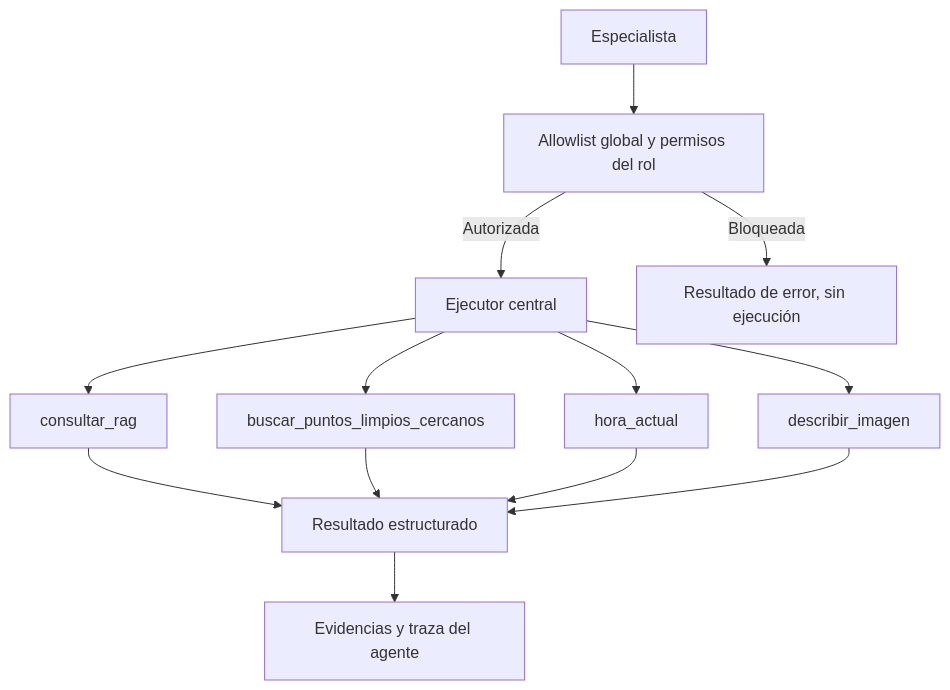
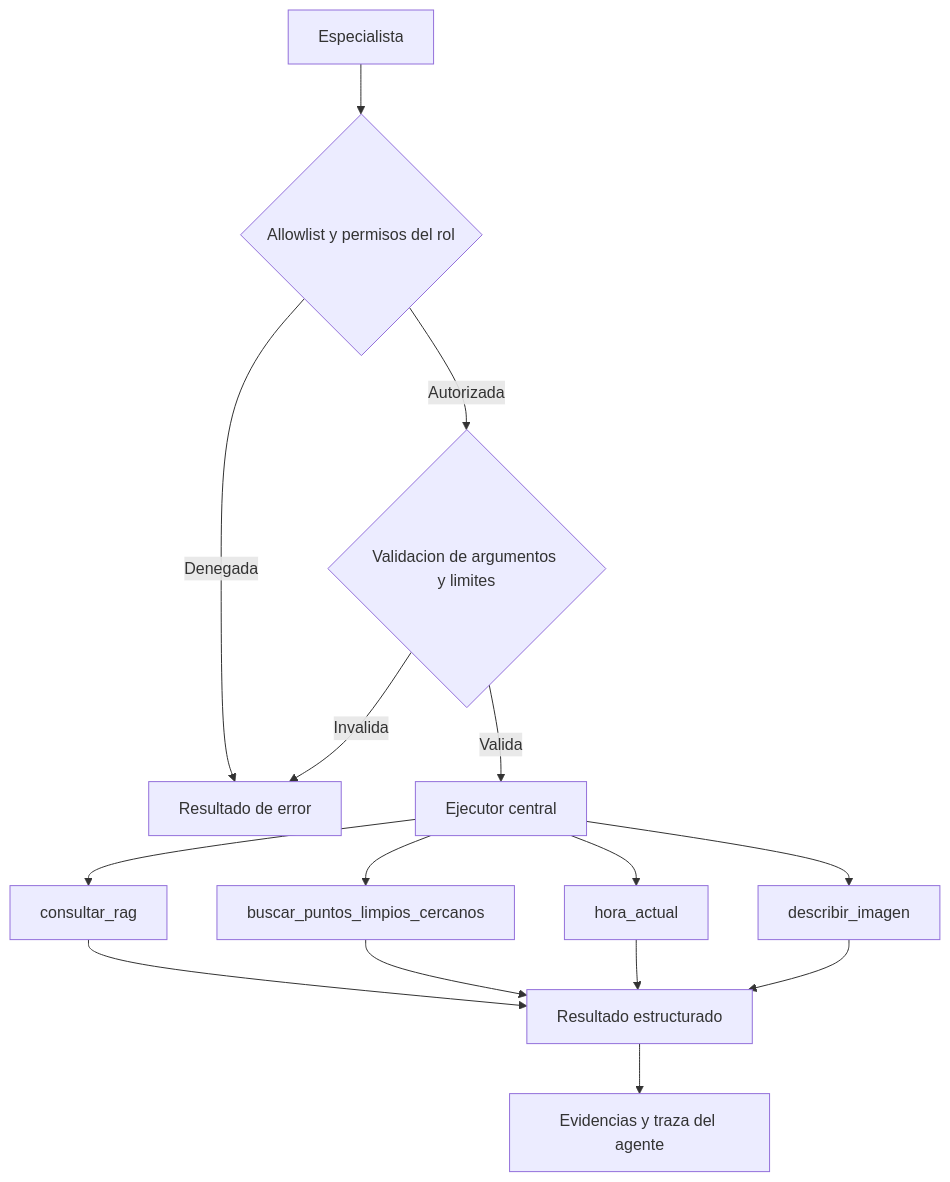
One commit to alex-bometon/pb03_equipo18 changed the first of 2 diagrams in specs/05-tools.md. Above: the diagram before and after it, drawn with Mermaid. The commit also changed other lines of this file and 17 other files, not shown here.

````diff
--- a/specs/05-tools.md
+++ b/specs/05-tools.md
@@ -7,15 +26,17 @@
 ```mermaid
 flowchart TD
-    A[Especialista] --> L[Allowlist global y permisos del rol]
-    L -->|Autorizada| E[Ejecutor central]
-    L -->|Bloqueada| B[Resultado de error, sin ejecución]
+    A[Especialista] --> L{Allowlist y permisos del rol}
+    L -->|Denegada| B[Resultado de error]
+    L -->|Autorizada| V{Validacion de argumentos y limites}
+    V -->|Invalida| B
+    V -->|Valida| E[Ejecutor central]
     E --> R[consultar_rag]
     E --> P[buscar_puntos_limpios_cercanos]
     E --> H[hora_actual]
-    E --> V[describir_imagen]
+    E --> I[describir_imagen]
     R --> S[Resultado estructurado]
     P --> S
     H --> S
-    V --> S
+    I --> S
     S --> T[Evidencias y traza del agente]
 ```
````
